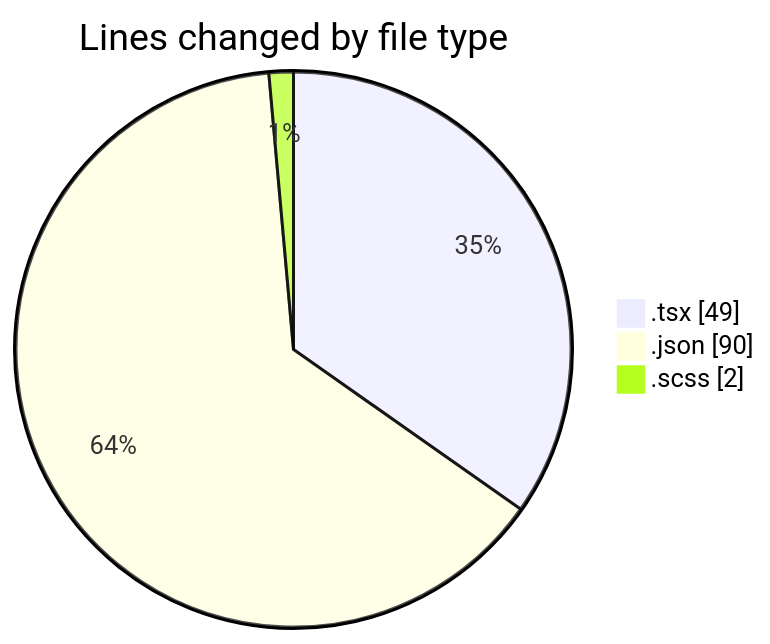
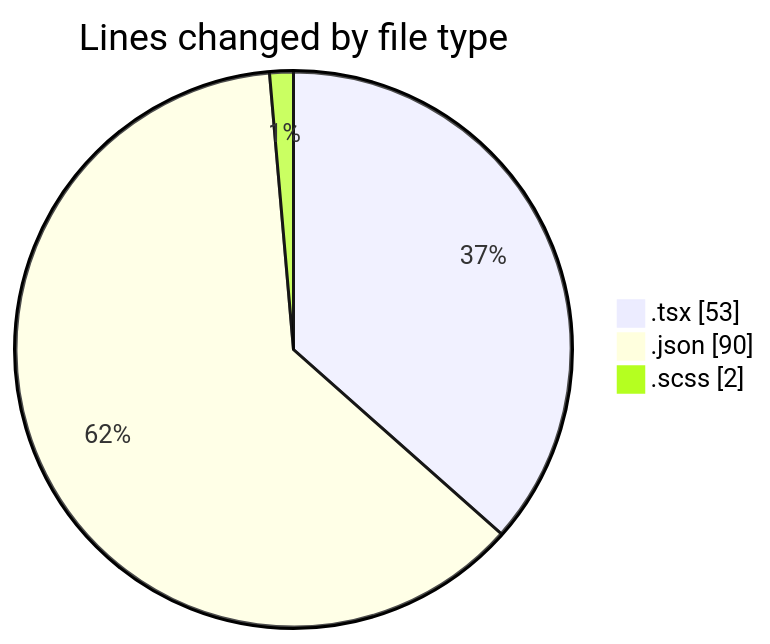
One commit to momahboobian/code-tracking changed the first of 2 diagrams in 2026-05-13/cda/README.md. Above: the diagram before and after it, drawn with Mermaid. The commit also changed other lines of this file and 1 other file, not shown here.

````diff
--- a/2026-05-13/cda/README.md
+++ b/2026-05-13/cda/README.md
@@ -22,7 +22,7 @@
 ```mermaid
 pie showData
 title Lines changed by file type
-".tsx" : 49
+".tsx" : 53
 ".json" : 90
 ".scss" : 2
 ```
````
